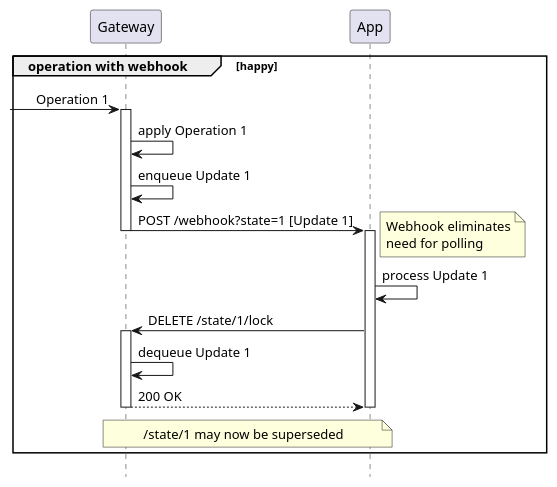
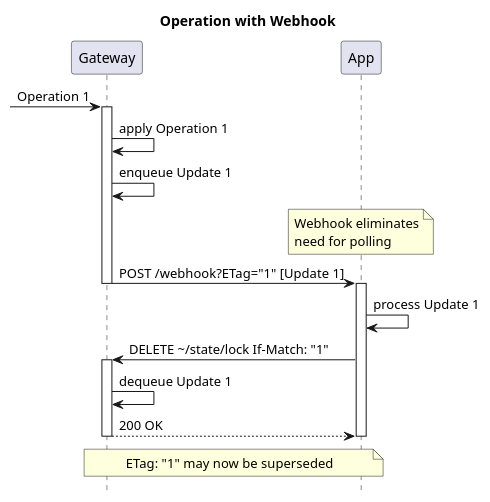
The diagram in architecture/api/http/2-basic-webhook.seq.puml (m-ld/m-ld-gateway), drawn with PlantUML before and after one commit. The commit also changed 27 other files, not shown here.

```diff
--- a/architecture/api/http/2-basic-webhook.seq.puml
+++ b/architecture/api/http/2-basic-webhook.seq.puml
@@ -1,26 +1,26 @@
 @startuml
 'https://plantuml.com/sequence-diagram
 !pragma teoz true
 hide footbox
 
+title: Operation with Webhook
+
 participant Gateway as gw
 participant "App" as app
 
-group operation with webhook [happy]
 -> gw ++: Operation 1
 gw -> gw: apply Operation 1
 gw -> gw: enqueue Update 1
-gw -> app ++--: POST /webhook?state=1 [Update 1]
-note right
+note over app
 Webhook eliminates
 need for polling
 end note
+gw -> app ++--: POST /webhook?ETag="1" [Update 1]
 app -> app: process Update 1
-app -> gw ++: DELETE /state/1/lock
+app -> gw ++: DELETE \~/state/lock If-Match: "1"
 gw -> gw: dequeue Update 1
 return 200 OK
 deactivate app
-note across: /state/1 may now be superseded
-end group
+note across: ETag: "1" may now be superseded
 
 @enduml
```
